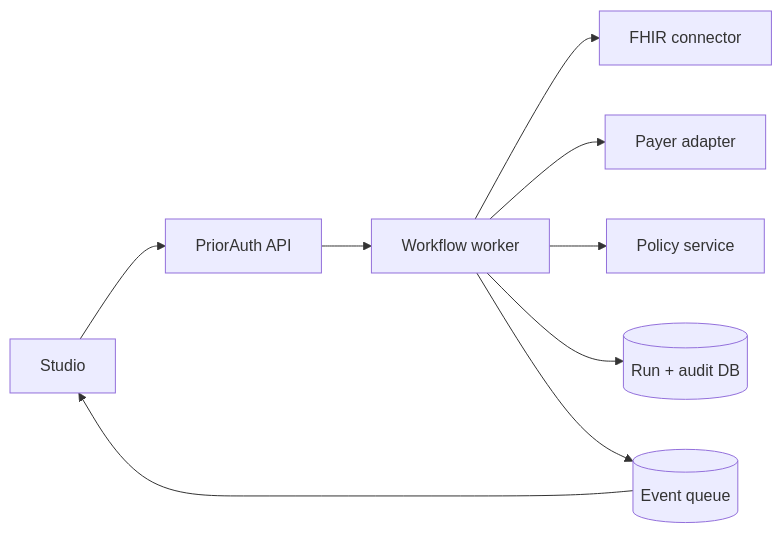
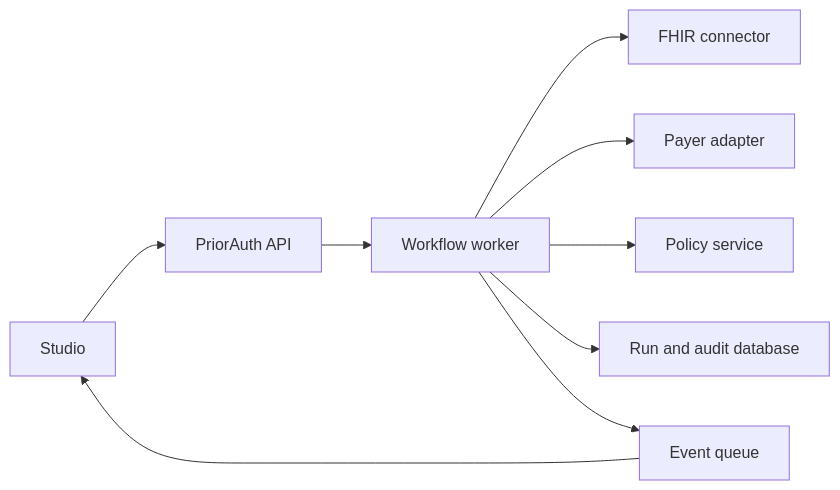
One commit to roshaninfordham/healthagentpassport changed the second of 2 diagrams in docs/production-roadmap.md. Above: the diagram before and after it, drawn with Mermaid. The commit also changed 14 other files, not shown here.

Commit message:
Fix GitHub diagrams and simplify landing page

````diff
--- a/docs/production-roadmap.md
+++ b/docs/production-roadmap.md
@@ -41,11 +41,11 @@
 ```mermaid
 flowchart LR
-  Studio[Studio] --> Api[PriorAuth API]
-  Api --> Worker[Workflow worker]
-  Worker --> FHIR[FHIR connector]
-  Worker --> Payer[Payer adapter]
-  Worker --> Policy[Policy service]
-  Worker --> Store[(Run + audit DB)]
-  Worker --> Queue[(Event queue)]
+  Studio["Studio"] --> Api["PriorAuth API"]
+  Api --> Worker["Workflow worker"]
+  Worker --> FHIR["FHIR connector"]
+  Worker --> Payer["Payer adapter"]
+  Worker --> Policy["Policy service"]
+  Worker --> Store["Run and audit database"]
+  Worker --> Queue["Event queue"]
   Queue --> Studio
 ```
````
